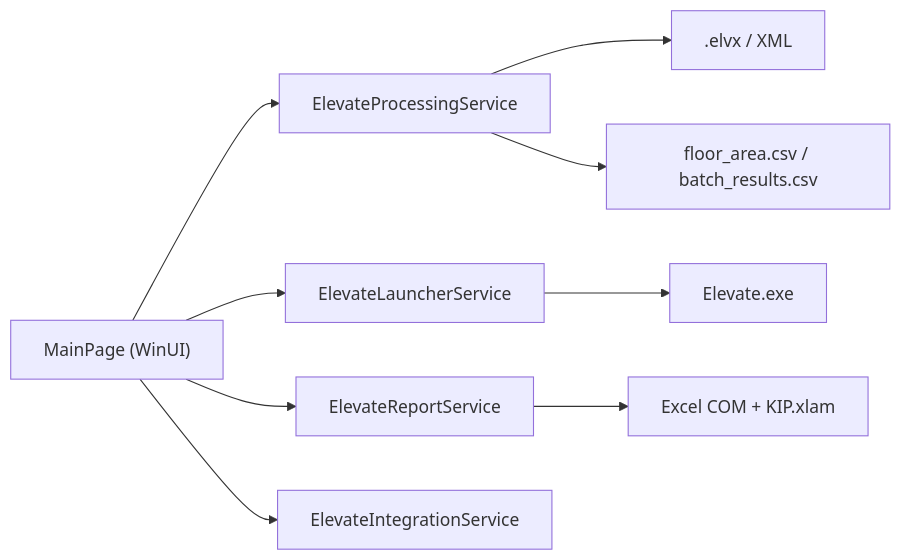
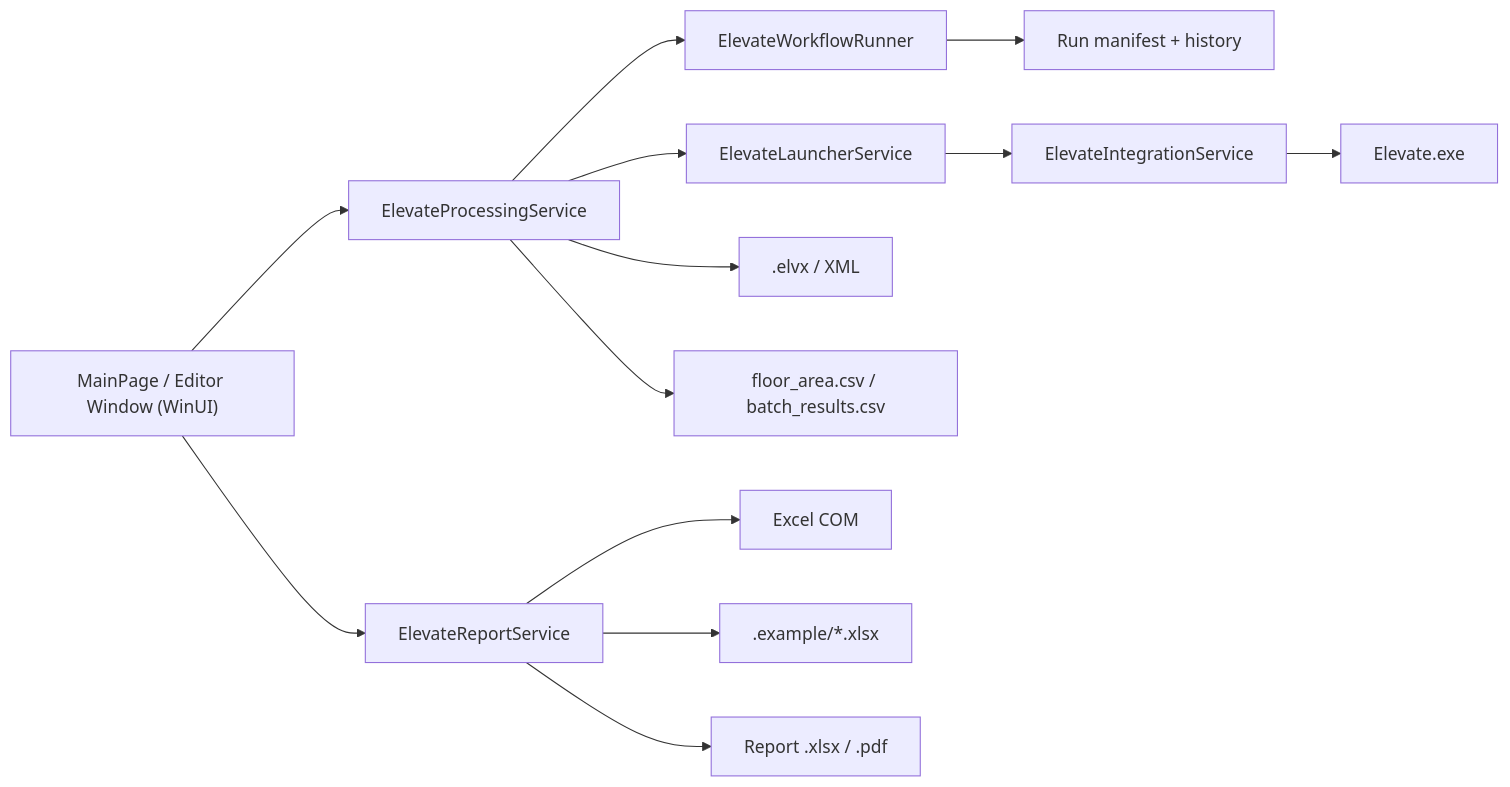
One commit to lehjke/elevate_helper changed the diagram in README.md. Above: the diagram before and after it, drawn with Mermaid. The commit also changed other lines of this file, not shown here.

Commit message:
Update README for workflow and release changes

````diff
--- a/README.md
+++ b/README.md
@@ -27,12 +35,15 @@
 ```mermaid
 flowchart LR
-    UI["MainPage (WinUI)"] --> PROC["ElevateProcessingService"]
-    UI --> LAUNCH["ElevateLauncherService"]
+    UI["MainPage / Editor Window (WinUI)"] --> PROC["ElevateProcessingService"]
     UI --> REPORT["ElevateReportService"]
-    UI --> INTEGRATION["ElevateIntegrationService"]
-
+    PROC --> WF["ElevateWorkflowRunner"]
+    WF --> MANIFEST["Run manifest + history"]
+    PROC --> LAUNCH["ElevateLauncherService"]
+    LAUNCH --> INTEGRATION["ElevateIntegrationService"]
+    INTEGRATION --> ELEVATE["Elevate.exe"]
     PROC --> ELVX[".elvx / XML"]
     PROC --> CSV["floor_area.csv / batch_results.csv"]
-    LAUNCH --> ELEVATE["Elevate.exe"]
-    REPORT --> EXCEL["Excel COM + KIP.xlam"]
+    REPORT --> EXCEL["Excel COM"]
+    REPORT --> XLSX[".example/*.xlsx"]
+    REPORT --> PDF["Report .xlsx / .pdf"]
 ```
````
